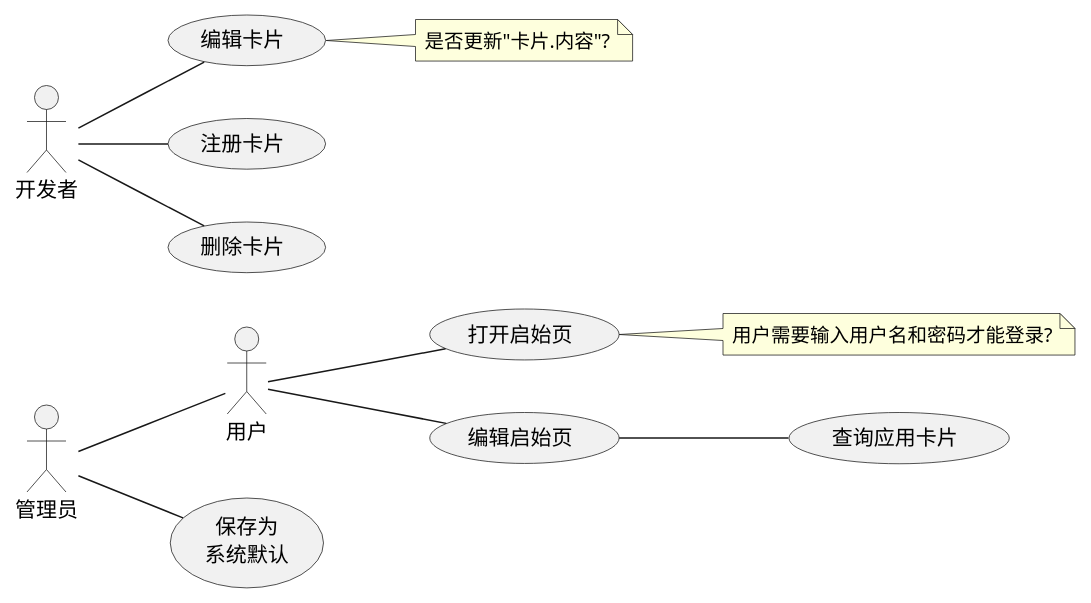
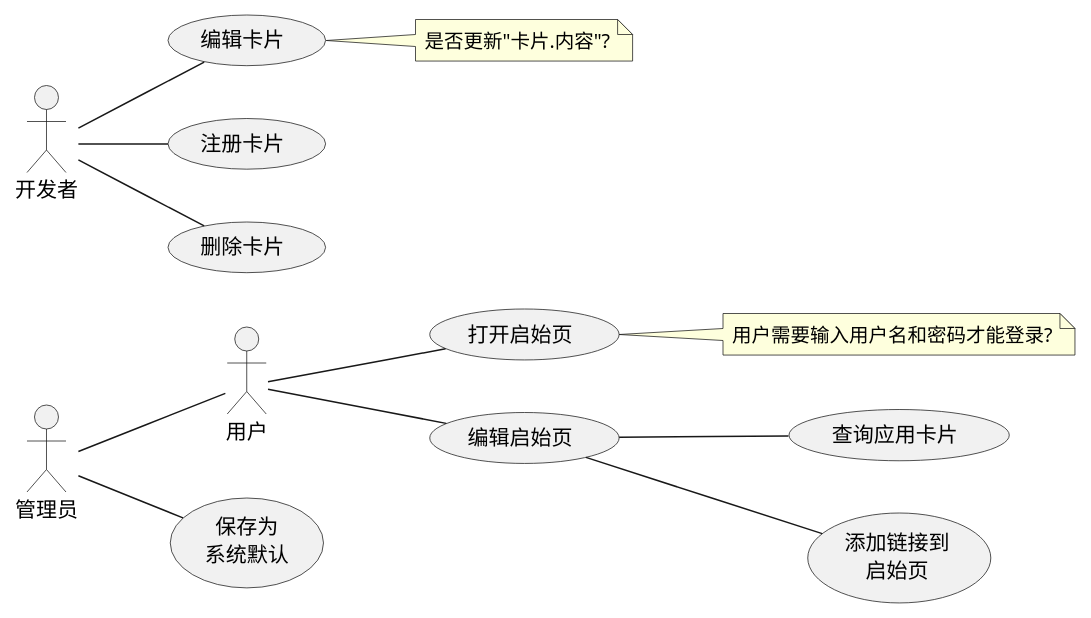
Before and after one commit to liuxd6825/dapr-go-ddd-sdk: the diagram in app/domain/sys/xuml-card/usercase.puml, drawn with PlantUML.

Commit message:
card管理系统设计

```diff
--- a/app/domain/sys/xuml-card/usercase.puml
+++ b/app/domain/sys/xuml-card/usercase.puml
@@ -1,25 +1,27 @@
 @startuml
 left to right direction
 
 actor "用户" as  user
 actor "管理员" as admin
 actor "开发者" as dev
 
 usecase "打开启始页" as openPageUC
 usecase "编辑启始页" as editPageUC
 usecase "查询应用卡片" as findAppCard
+usecase "添加链接到\n启始页" as collect
 
 user -- openPageUC
 user -- editPageUC
 editPageUC -- findAppCard
-admin -- (保存为\n系统默认)
+editPageUC -- collect
 
 usecase "编辑卡片" as editCard
 dev -- (注册卡片)
 dev -- editCard
 dev -- (删除卡片)
 admin -- user
+admin -- (保存为\n系统默认)
 
 note right of editCard: 是否更新"卡片.内容"?
 note right of openPageUC: 用户需要输入用户名和密码才能登录?
 @enduml
```
